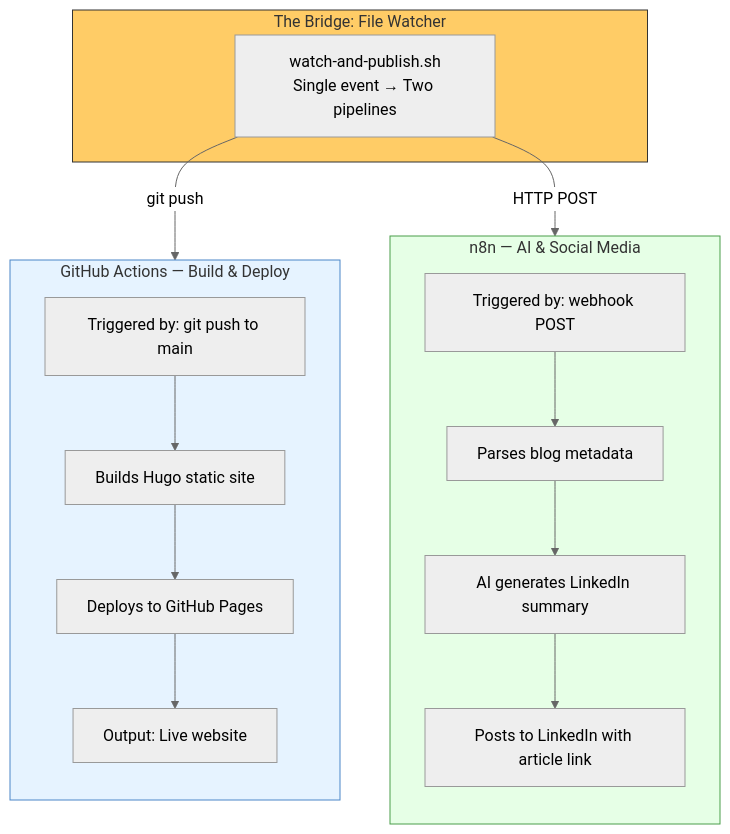
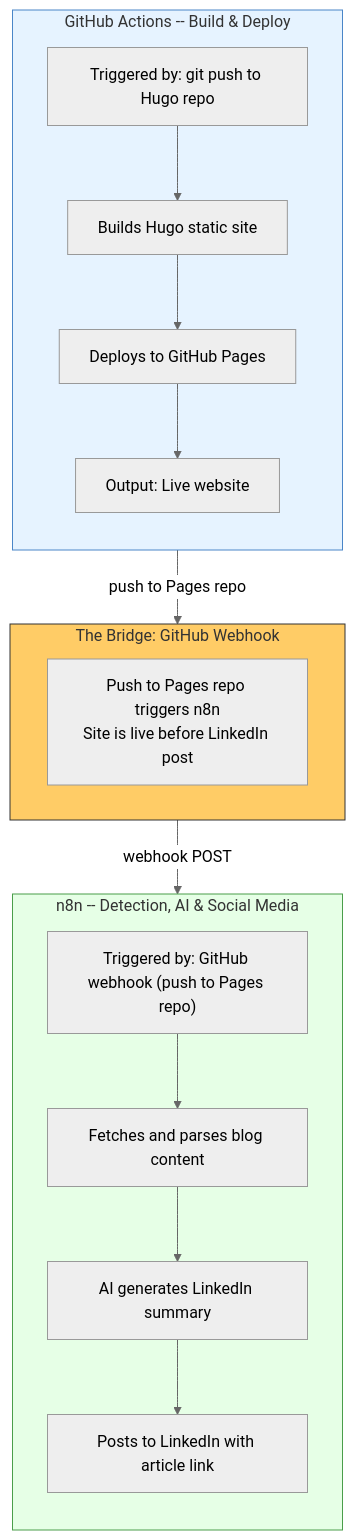
One commit to thatsmeadarsh/n8n-powered-auto-web-publish changed the seventh of 8 diagrams in docs/architecture.md. Above: the diagram before and after it, drawn with Mermaid (neutral theme). The commit also changed other lines of this file and 7 other files, not shown here.

First line of the commit message:
Replace fswatch watcher with GitHub webhook trigger in n8n

````diff
--- a/docs/architecture.md
+++ b/docs/architecture.md
@@ -424,31 +437,31 @@
 ```mermaid
 graph TB
-    subgraph Bridge["The Bridge: File Watcher"]
-        FW["watch-and-publish.sh<br/>Single event → Two pipelines"]
+    subgraph Bridge["The Bridge: GitHub Webhook"]
+        FW["Push to Pages repo triggers n8n<br/>Site is live before LinkedIn post"]
     end
 
-    subgraph GitHubActions["GitHub Actions — Build & Deploy"]
+    subgraph GitHubActions["GitHub Actions -- Build & Deploy"]
         direction TB
-        GA1["Triggered by: git push to main"]
+        GA1["Triggered by: git push to Hugo repo"]
         GA2["Builds Hugo static site"]
         GA3["Deploys to GitHub Pages"]
         GA4["Output: Live website"]
         GA1 --> GA2 --> GA3 --> GA4
     end
 
-    subgraph n8nWorkflow["n8n — AI & Social Media"]
+    subgraph n8nWorkflow["n8n -- Detection, AI & Social Media"]
         direction TB
-        N1["Triggered by: webhook POST"]
-        N2["Parses blog metadata"]
+        N1["Triggered by: GitHub webhook (push to Pages repo)"]
+        N2["Fetches and parses blog content"]
         N3["AI generates LinkedIn summary"]
         N4["Posts to LinkedIn with article link"]
         N1 --> N2 --> N3 --> N4
     end
 
-    FW -->|"git push"| GitHubActions
-    FW -->|"HTTP POST"| n8nWorkflow
+    GitHubActions -->|"push to Pages repo"| Bridge
+    Bridge -->|"webhook POST"| n8nWorkflow
 
     style Bridge fill:#ffcc66,stroke:#333
     style GitHubActions fill:#e6f3ff,stroke:#4a86c8
     style n8nWorkflow fill:#e6ffe6,stroke:#4a9e4a
 ```
````
